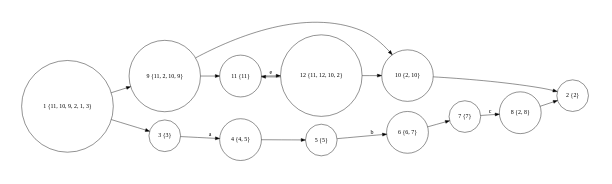
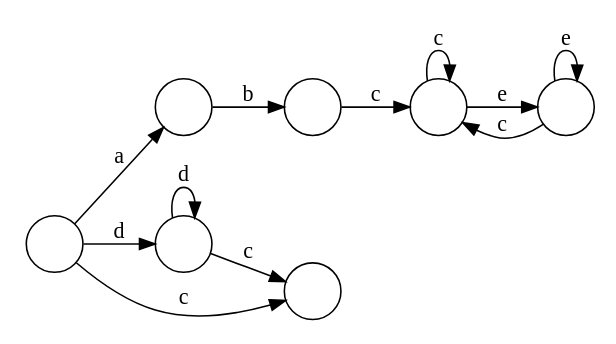
Before and after one commit to leegao/LuaInLua: the diagram in test.dot, drawn with Graphviz. The commit also changed 1 other file, not shown here.

```diff
--- a/test.dot
+++ b/test.dot
@@ -1,31 +1,16 @@
 digraph {
   rankdir=LR;
   size="3"
   node[shape=circle,label=""];
-  4[label="4 {4, 5}"];
-  8[label="8 {2, 8}"];
-  10[label="10 {2, 10}"];
-  5[label="5 {5}"];
-  9[label="9 {11, 2, 10, 9}"];
-  6[label="6 {6, 7}"];
-  11[label="11 {11}"];
-  12[label="12 {11, 12, 10, 2}"];
-  3[label="3 {3}"];
-  7[label="7 {7}"];
-  2[label="2 {2}"];
-  1[label="1 {11, 10, 9, 2, 1, 3}"];
-    4 -> 5[label=""];
-    8 -> 2[label=""];
-    10 -> 2[label=""];
-    5 -> 6[label="b"];
-    9 -> 11[label=""];
-    9 -> 10[label=""];
-    6 -> 7[label=""];
-    11 -> 12[label="e"];
-    12 -> 11[label=""];
-    12 -> 10[label=""];
-    3 -> 4[label="a"];
-    7 -> 8[label="c"];
-    1 -> 3[label=""];
-    1 -> 9[label=""];
+  4 -> 5[label="b"];
+  1 -> 2[label="d"];
+  1 -> 3[label="c"];
+  1 -> 4[label="a"];
+  5 -> 6[label="c"];
+  2 -> 3[label="c"];
+  2 -> 2[label="d"];
+  6 -> 7[label="e"];
+  6 -> 6[label="c"];
+  7 -> 7[label="e"];
+  7 -> 6[label="c"];
 }
```
